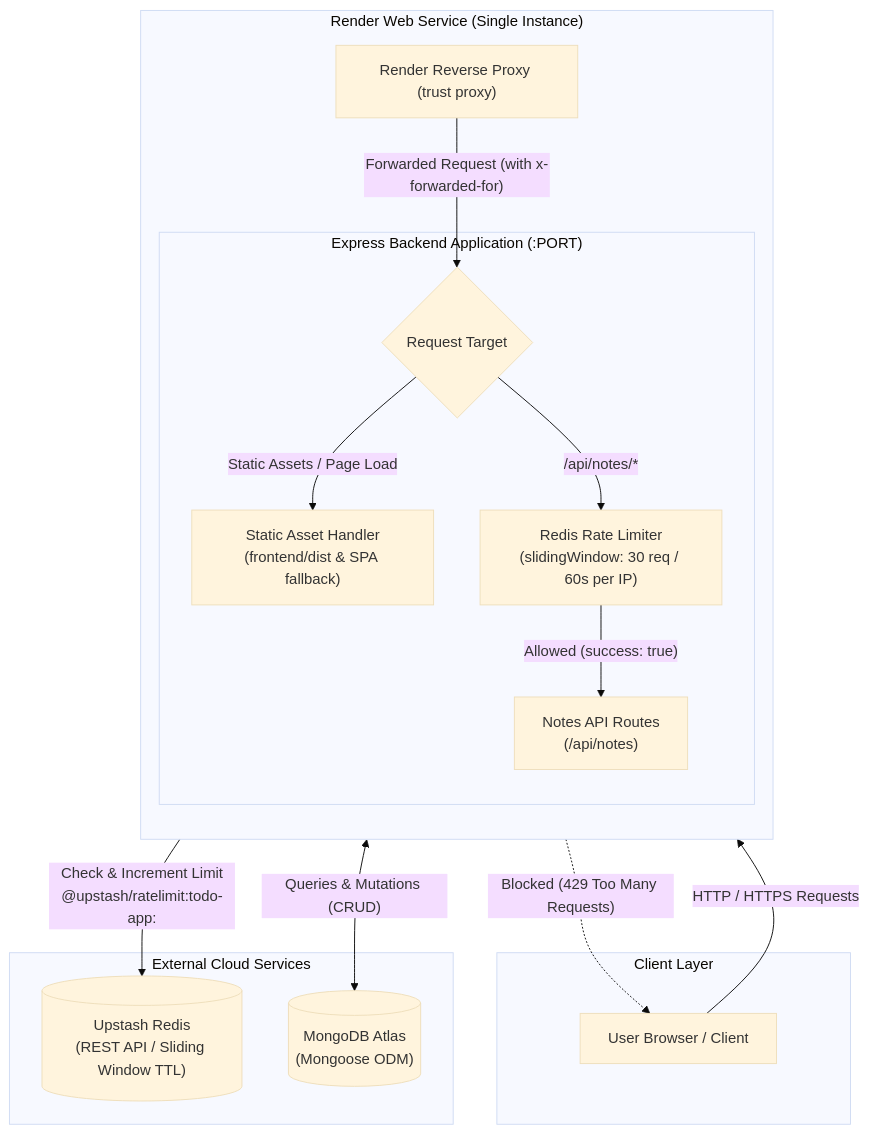
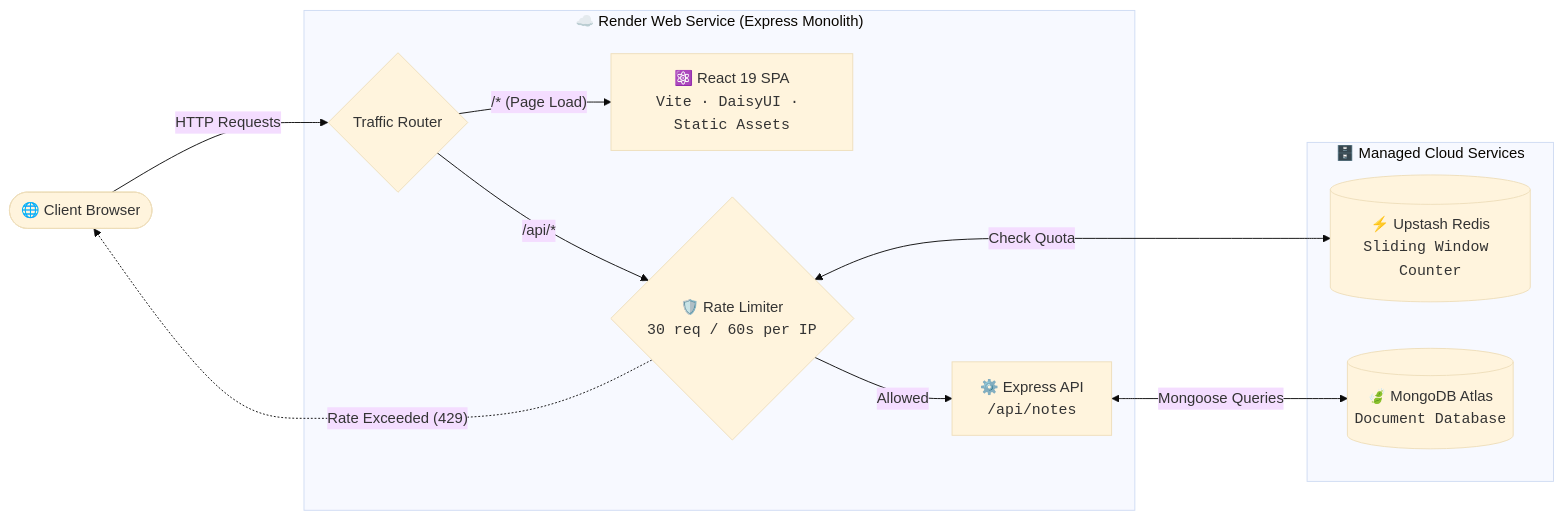
The diagram in README.md (abhinavRai23/todo-mern), drawn with Mermaid (base theme) before and after one commit. The commit also changed other lines of this file, not shown here.

Commit message:
docs: update README with refined architecture diagram and improved deployment instructions

````diff
--- a/README.md
+++ b/README.md
@@ -7,36 +9,28 @@
 ```mermaid
-flowchart TD
-    subgraph Client ["Client Layer"]
-        Browser["User Browser / Client"]
+flowchart LR
+    %% Nodes
+    Client(["🌐 Client Browser"])
+
+    subgraph Render [" ☁️ Render Web Service (Express Monolith) "]
+        Router{"Traffic Router"}
+        Frontend["⚛️ React 19 SPA<br/><code>Vite · DaisyUI · Static Assets</code>"]
+        Limiter{"🛡️ Rate Limiter<br/><code>30 req / 60s per IP</code>"}
+        API["⚙️ Express API<br/><code>/api/notes</code>"]
     end
 
-    subgraph Render ["Render Web Service (Single Instance)"]
-        direction TB
-        Proxy["Render Reverse Proxy (trust proxy)"]
-        
-        subgraph ExpressApp ["Express Backend Application (:PORT)"]
-            Router{"Request Target"}
-            RateLimit["Redis Rate Limiter\n(slidingWindow: 30 req / 60s per IP)"]
-            APIHandler["Notes API Routes\n(/api/notes)"]
-            StaticFiles["Static Asset Handler\n(frontend/dist & SPA fallback)"]
-        end
+    subgraph Cloud [" 🗄️ Managed Cloud Services "]
+        Upstash[("⚡ Upstash Redis<br/><code>Sliding Window Counter</code>")]
+        Mongo[("🍃 MongoDB Atlas<br/><code>Document Database</code>")]
     end
 
-    subgraph External ["External Cloud Services"]
-        Upstash[("Upstash Redis\n(REST API / Sliding Window TTL)")]
-        MongoDB[("MongoDB Atlas\n(Mongoose ODM)")]
-    end
+    %% Edge Connections
+    Client -->|"HTTP Requests"| Router
+    Router -->|"/* (Page Load)"| Frontend
+    Router -->|"/api/*"| Limiter
 
-    Browser -->|"HTTP / HTTPS Requests"| Proxy
-    Proxy -->|"Forwarded Request (with x-forwarded-for)"| Router
-    
-    Router -->|"Static Assets / Page Load"| StaticFiles
-    Router -->|"/api/notes/*"| RateLimit
-    
-    RateLimit -->|"Check & Increment Limit\n@upstash/ratelimit:todo-app:<ip>"| Upstash
-    
-    RateLimit -->|"Allowed (success: true)"| APIHandler
-    RateLimit -.->|"Blocked (429 Too Many Requests)"| Browser
-    
-    APIHandler <-->|"Queries & Mutations (CRUD)"| MongoDB
+    Limiter <-->|"Check Quota"| Upstash
+    Limiter -->|"Allowed"| API
+    Limiter -.->|"Rate Exceeded (429)"| Client
+
+    API <-->|"Mongoose Queries"| Mongo
 ```
````
